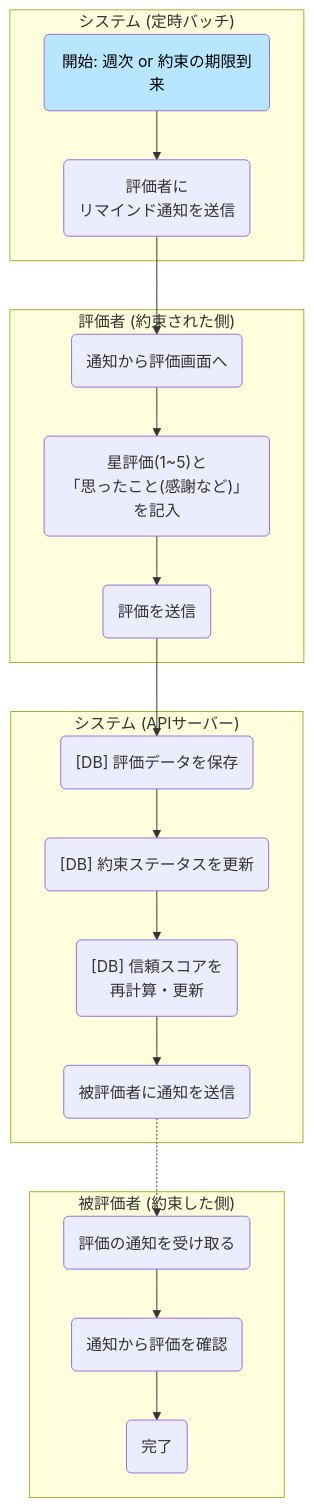
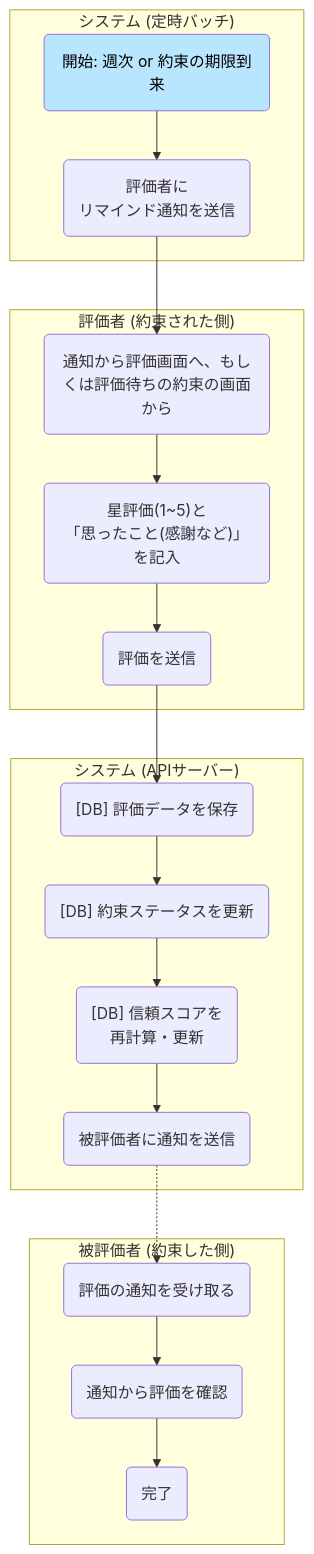
One commit to compile425/yubikirigennmann changed the third of 9 diagrams in docs/design.md. Above: the diagram before and after it, drawn with Mermaid.

````diff
--- a/docs/design.md
+++ b/docs/design.md
@@ -57,28 +57,28 @@
 ```mermaid
 
 graph TD
     subgraph "システム (定時バッチ)"
         T1("開始: 週次 or 約束の期限到来") --> T2("評価者に<br>リマインド通知を送信")
     end
 
     subgraph "評価者 (約束された側)"
-        T2 --> U1("通知から評価画面へ")
+        T2 --> U1("通知から評価画面へ、もしくは評価待ちの約束の画面から")
         U1 --> U2("星評価(1~5)と<br>「思ったこと(感謝など)」を記入")
         U2 --> U5("評価を送信")
     end
 
     subgraph "システム (APIサーバー)"
         U5 --> S1("[DB] 評価データを保存")
         S1 --> S2("[DB] 約束ステータスを更新")
         S2 --> S3("[DB] 信頼スコアを<br>再計算・更新")
         S3 --> S4("被評価者に通知を送信")
     end
 
     subgraph "被評価者 (約束した側)"
         S4 -.-> E1("評価の通知を受け取る")
         E1 --> E2("通知から評価を確認")
         E2 --> E3("完了")
     end
 
     style T1 fill:#B9E6FF,color:#000
 ```
````
